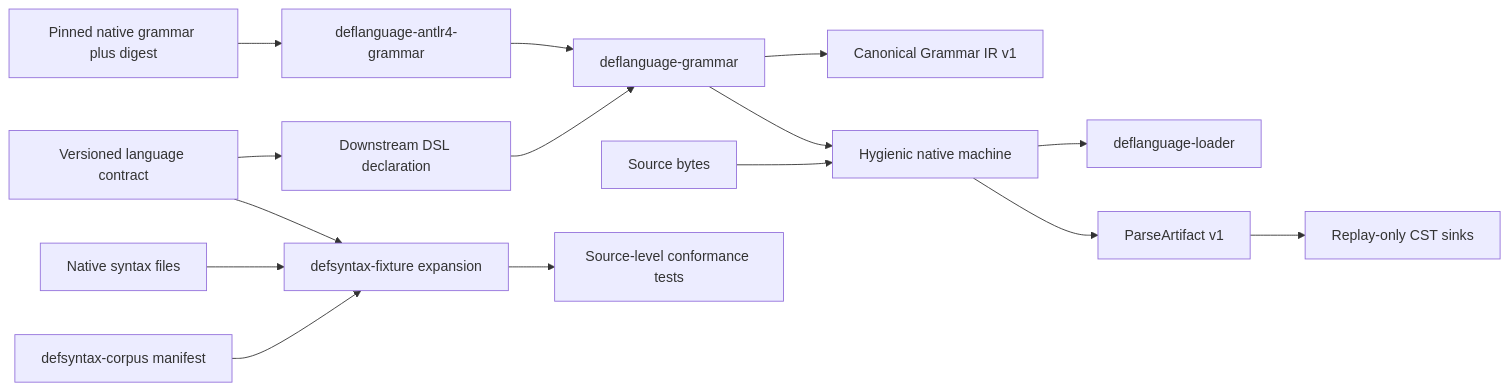
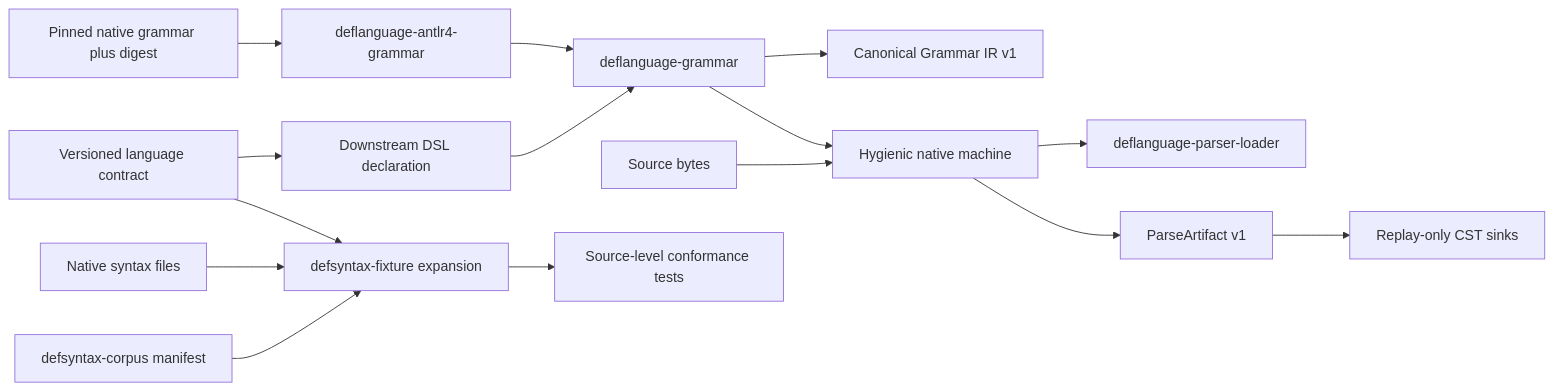
The diagram in docs/architecture/0004-versioned-language-contracts.org (tao3k/gerbil-parser), drawn with Mermaid before and after one commit. The commit also changed other lines of this file and 29 other files, not shown here.

```diff
--- a/docs/architecture/0004-versioned-language-contracts.org
+++ b/docs/architecture/0004-versioned-language-contracts.org
@@ -20,17 +20,17 @@
 #+begin_src mermaid
 flowchart LR
   D[Downstream DSL declaration] --> C[deflanguage-grammar]
   NATIVE[Pinned native grammar plus digest] --> CA[deflanguage-antlr4-grammar]
   CA --> C
   C --> N[Canonical Grammar IR v1]
   C --> M[Hygienic native machine]
-  M --> E[deflanguage-loader]
+  M --> E[deflanguage-parser-loader]
   S[Source bytes] --> M
   M --> A[ParseArtifact v1]
   A --> R[Replay-only CST sinks]
   V[Versioned language contract] --> D
   F[Native syntax files] --> X[defsyntax-fixture expansion]
   C1[defsyntax-corpus manifest] --> X
   X --> T[Source-level conformance tests]
   V --> X
 #+end_src
```
